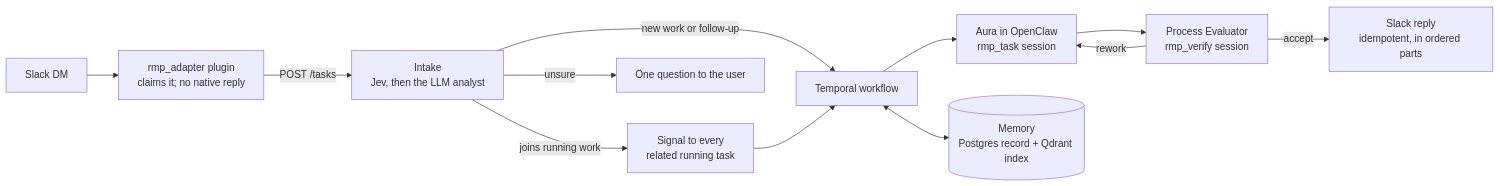
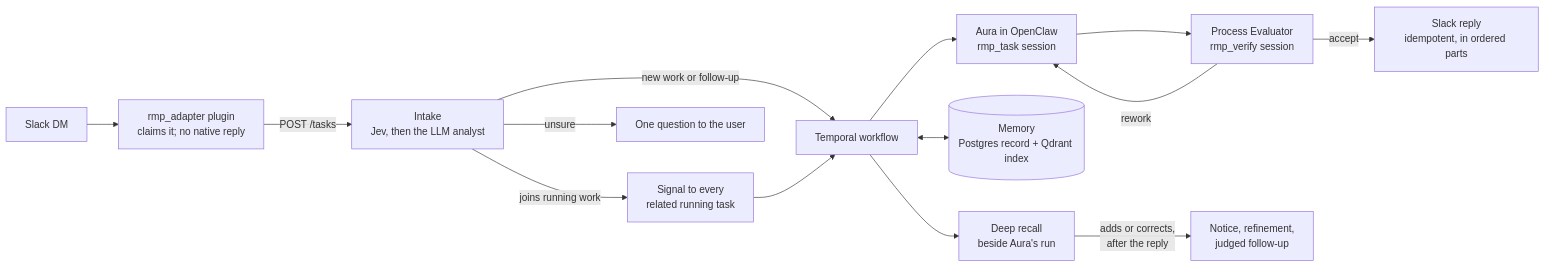
The diagram in README.md (Hyper-AI-Lab/openclaw-jev), drawn with Mermaid before and after one commit. The commit also changed other lines of this file and 13 other files, not shown here.

````diff
--- a/README.md
+++ b/README.md
@@ -33,14 +33,16 @@
 ```mermaid
 flowchart LR
   DM["Slack DM"] --> Plugin["rmp_adapter plugin<br/>claims it; no native reply"]
   Plugin -->|"POST /tasks"| Intake["Intake<br/>Jev, then the LLM analyst"]
   Intake -->|"joins running work"| Signal["Signal to every<br/>related running task"]
   Intake -->|"new work or follow-up"| WF["Temporal workflow"]
   Intake -->|"unsure"| Clarify["One question to the user"]
   Signal --> WF
   WF --> Aura["Aura in OpenClaw<br/>rmp_task session"]
   Aura --> Eval["Process Evaluator<br/>rmp_verify session"]
   Eval -->|"rework"| Aura
   Eval -->|"accept"| Slack["Slack reply<br/>idempotent, in ordered parts"]
   WF <--> Mem[("Memory<br/>Postgres record + Qdrant index")]
+  WF --> Recall["Deep recall<br/>beside Aura's run"]
+  Recall -->|"adds or corrects,<br/>after the reply"| Followup["Notice, refinement,<br/>judged follow-up"]
 ```
````
